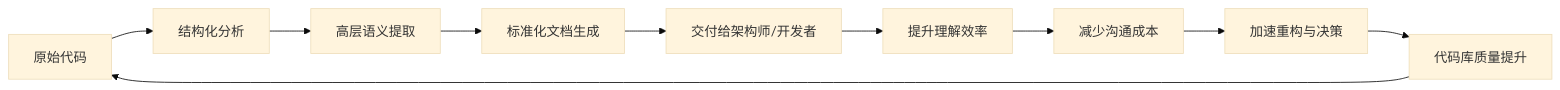
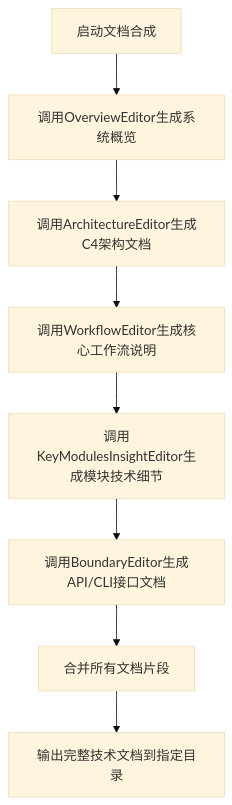
The fourth of 6 diagrams in docs/3、工作流程.md (BigtoC/deepwiki-rs), drawn with Mermaid (base theme) before and after one commit. The commit also changed other lines of this file and 24 other files, not shown here.

````diff
--- a/docs/3、工作流程.md
+++ b/docs/3、工作流程.md
@@ -441,12 +123,10 @@
 ```mermaid
-graph LR
-    A[原始代码] --> B[结构化分析]
-    B --> C[高层语义提取]
-    C --> D[标准化文档生成]
-    D --> E[交付给架构师/开发者]
-    E --> F[提升理解效率]
-    F --> G[减少沟通成本]
-    G --> H[加速重构与决策]
-    H --> I[代码库质量提升]
-    I --> A
+graph TD
+    A[启动文档合成] --> B[调用OverviewEditor生成系统概览]
+    B --> C[调用ArchitectureEditor生成C4架构文档]
+    C --> D[调用WorkflowEditor生成核心工作流说明]
+    D --> E[调用KeyModulesInsightEditor生成模块技术细节]
+    E --> F[调用BoundaryEditor生成API/CLI接口文档]
+    F --> G[合并所有文档片段]
+    G --> H[输出完整技术文档到指定目录]
 ```
````
